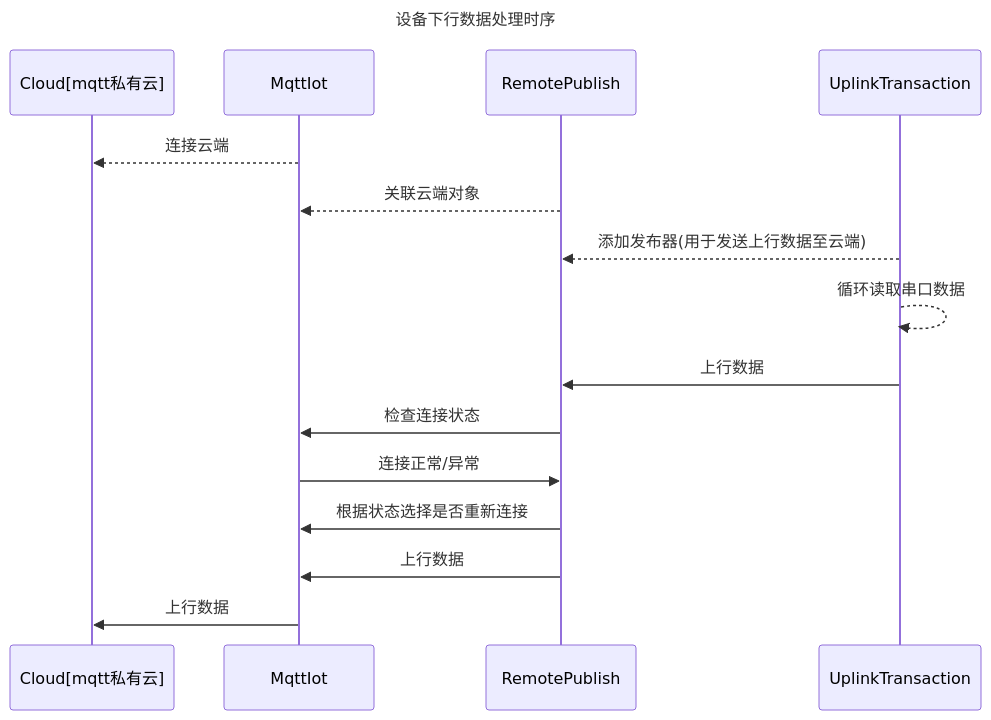
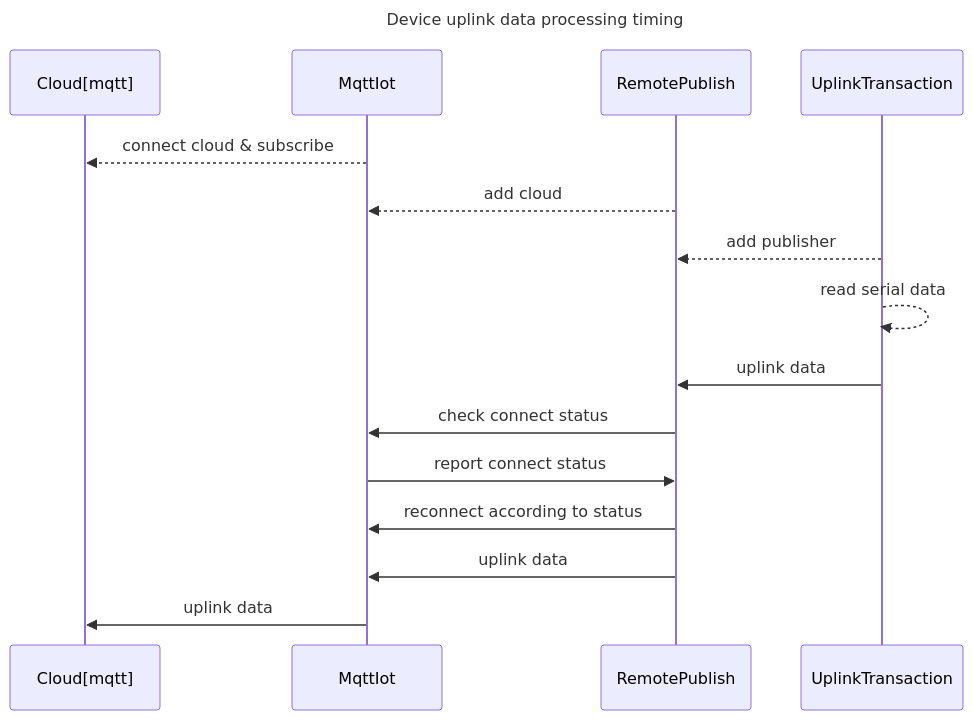
One commit to wcache/MyDocs changed the fourth of 4 diagrams in markdown/DTU方案介绍及应用指导/DTU方案介绍及应用指导.md. Above: the diagram before and after it, drawn with Mermaid. The commit also changed other lines of this file and 59 other files, not shown here.

````diff
--- a/markdown/DTU方案介绍及应用指导/DTU方案介绍及应用指导.md
+++ b/markdown/DTU方案介绍及应用指导/DTU方案介绍及应用指导.md
@@ -244,24 +254,24 @@
 ```mermaid
 sequenceDiagram
-Title: 设备下行数据处理时序
+Title: Device uplink data processing timing
 
 
-participant cloud as Cloud[mqtt私有云]
+participant cloud as Cloud[mqtt]
 participant mqtt as MqttIot
 participant rp as RemotePublish
 participant executor as UplinkTransaction
 
 
-mqtt -->> cloud: 连接云端
-rp -->> mqtt: 关联云端对象
-executor -->> rp: 添加发布器(用于发送上行数据至云端)
-executor -->> executor: 循环读取串口数据
+mqtt -->> cloud: connect cloud & subscribe
+rp -->> mqtt: add cloud
+executor -->> rp: add publisher
+executor -->> executor: read serial data
 
-executor ->> rp: 上行数据
-rp ->> mqtt: 检查连接状态
-mqtt ->> rp: 连接正常/异常
-rp ->> mqtt: 根据状态选择是否重新连接
+executor ->> rp: uplink data
+rp ->> mqtt: check connect status
+mqtt ->> rp: report connect status
+rp ->> mqtt: reconnect according to status
 
-rp ->> mqtt: 上行数据
-mqtt ->> cloud: 上行数据
+rp ->> mqtt: uplink data
+mqtt ->> cloud: uplink data
 ```
````
